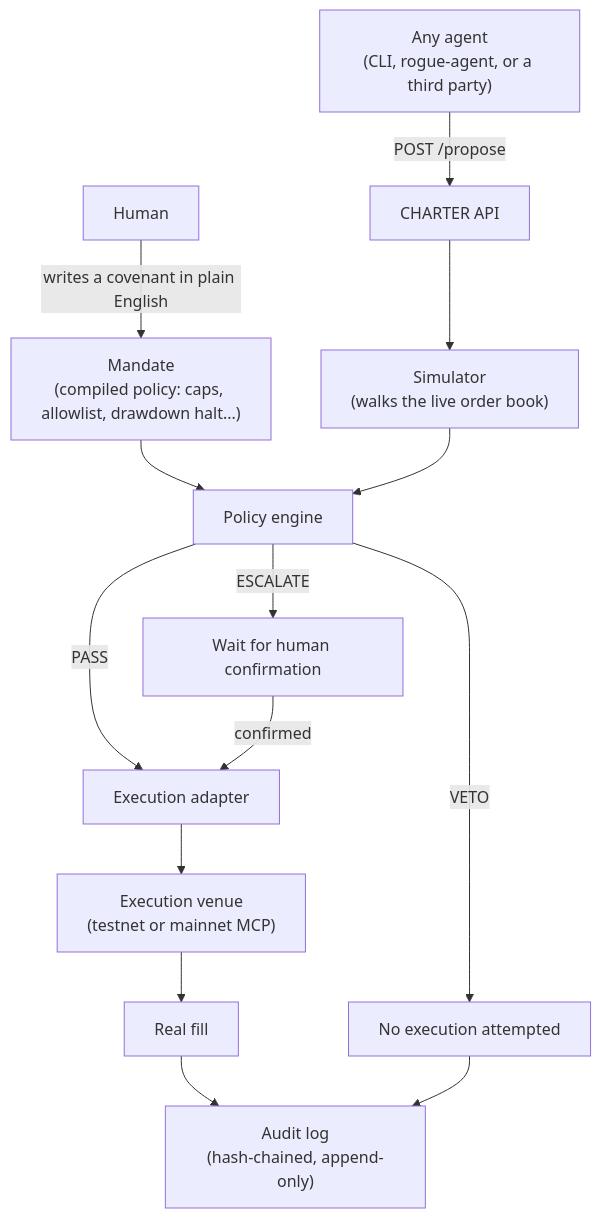
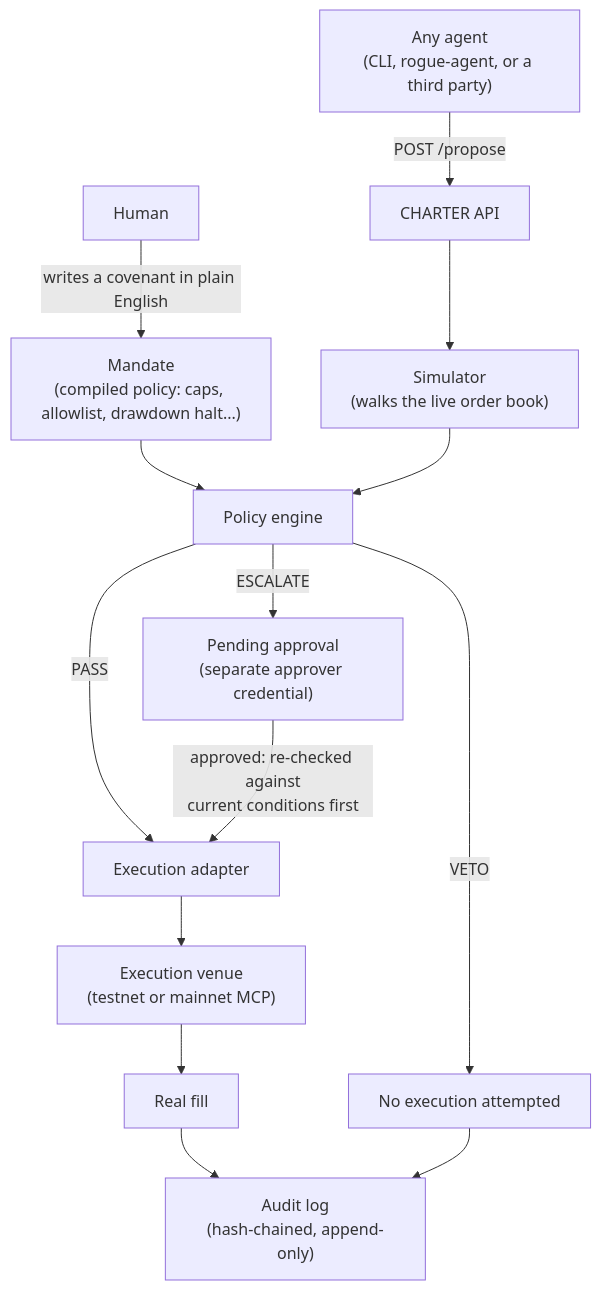
The diagram in README.md (angelraph/charter), drawn with Mermaid before and after one commit. The commit also changed other lines of this file and 23 other files, not shown here.

First line of the commit message:
Add a real approval flow and a kill switch

````diff
--- a/README.md
+++ b/README.md
@@ -15,16 +15,16 @@
 ```mermaid
 flowchart TD
     Human["Human"] -->|"writes a covenant in plain English"| Mandate["Mandate\n(compiled policy: caps, allowlist, drawdown halt...)"]
     Agent["Any agent\n(CLI, rogue-agent, or a third party)"] -->|"POST /propose"| API["CHARTER API"]
     API --> Sim["Simulator\n(walks the live order book)"]
     Mandate --> Engine["Policy engine"]
     Sim --> Engine
     Engine -->|"PASS"| Exec["Execution adapter"]
-    Engine -->|"ESCALATE"| Wait["Wait for human confirmation"]
-    Wait -->|"confirmed"| Exec
+    Engine -->|"ESCALATE"| Wait["Pending approval\n(separate approver credential)"]
+    Wait -->|"approved: re-checked against\ncurrent conditions first"| Exec
     Engine -->|"VETO"| Blocked["No execution attempted"]
     Exec --> Venue["Execution venue\n(testnet or mainnet MCP)"]
     Venue --> Fill["Real fill"]
     Fill --> Audit["Audit log\n(hash-chained, append-only)"]
     Blocked --> Audit
 ```
````
